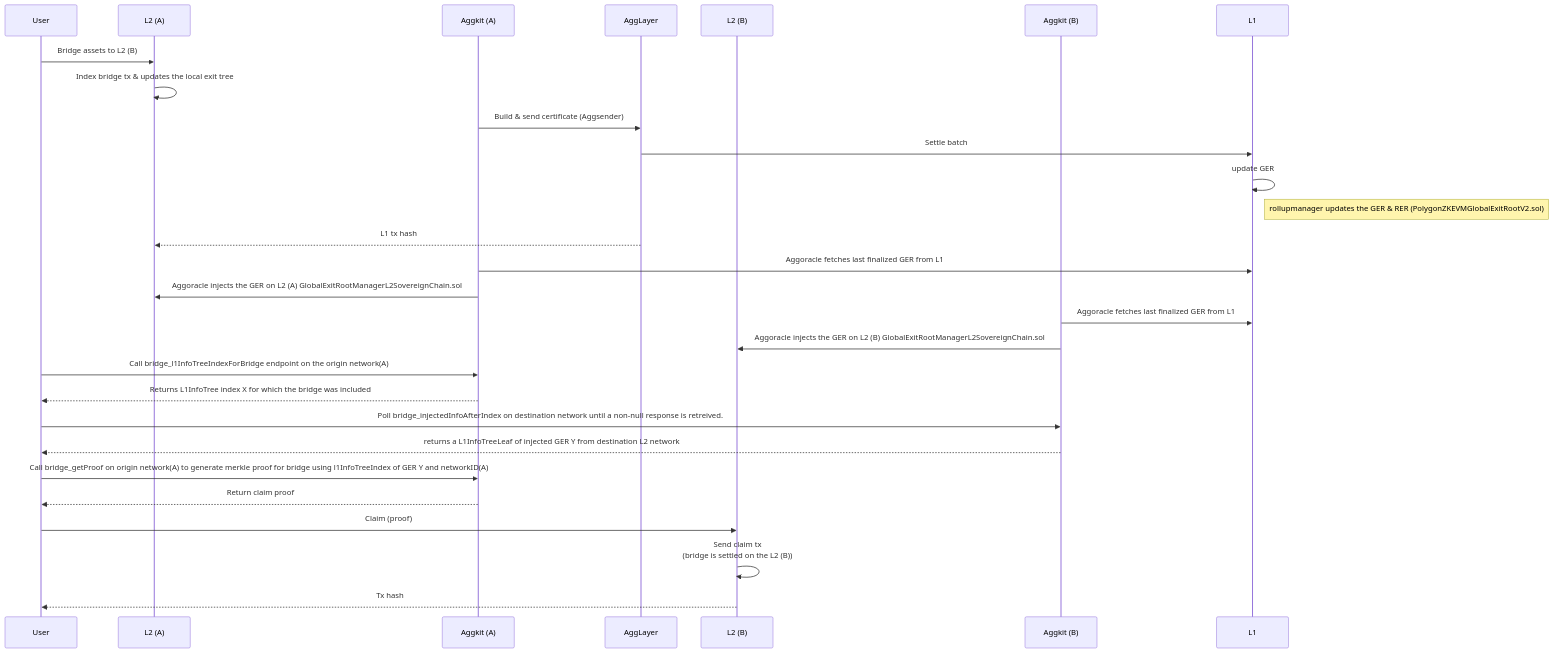
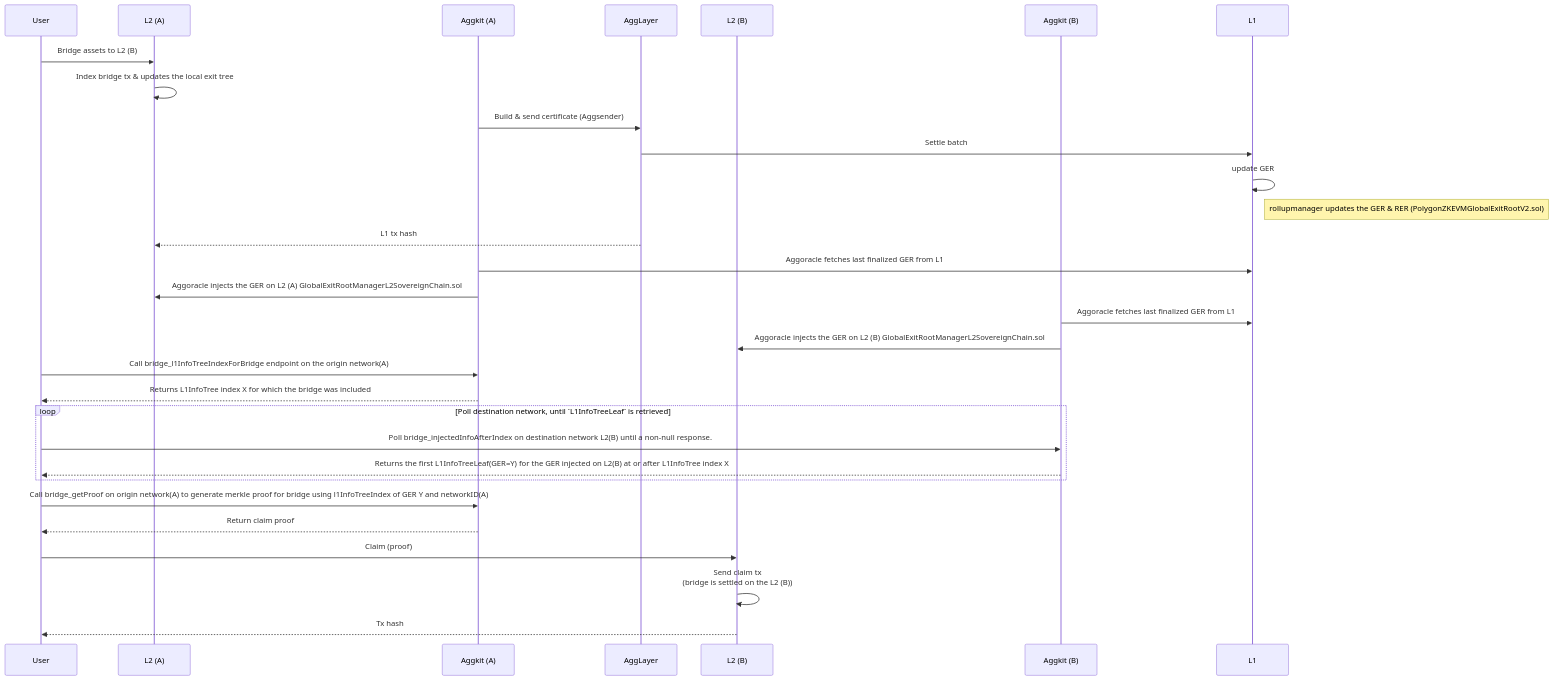
The first of 5 diagrams in docs/bridge_service.md (agglayer/aggkit), drawn with Mermaid before and after one commit. The commit also changed other lines of this file, not shown here.

````diff
--- a/docs/bridge_service.md
+++ b/docs/bridge_service.md
@@ -13,34 +12,36 @@
 ```mermaid
 sequenceDiagram
     participant User
     participant L2 (A)
     participant Aggkit (A)
     participant AggLayer
     participant L2 (B)
     participant Aggkit (B)
     participant L1
 
     User->>L2 (A): Bridge assets to L2 (B)
     L2 (A)->>L2 (A): Index bridge tx & updates the local exit tree
     Aggkit (A)->>AggLayer: Build & send certificate (Aggsender)
     AggLayer->>L1: Settle batch
     L1->>L1: update GER
     Note right of L1: rollupmanager updates the GER & RER (PolygonZKEVMGlobalExitRootV2.sol)
     AggLayer-->>L2 (A): L1 tx hash
 
     Aggkit (A)->>L1: Aggoracle fetches last finalized GER from L1
     Aggkit (A)->>L2 (A): Aggoracle injects the GER on L2 (A) GlobalExitRootManagerL2SovereignChain.sol
     Aggkit (B)->>L1: Aggoracle fetches last finalized GER from L1
     Aggkit (B)->>L2 (B): Aggoracle injects the GER on L2 (B) GlobalExitRootManagerL2SovereignChain.sol
 
     User->>Aggkit (A): Call bridge_l1InfoTreeIndexForBridge endpoint on the origin network(A)
     Aggkit (A)-->>User: Returns L1InfoTree index X for which the bridge was included
-    User->>Aggkit (B): Poll bridge_injectedInfoAfterIndex on destination network until a non-null response is retreived.
-    Aggkit (B)-->>User: returns a L1InfoTreeLeaf of injected GER Y from destination L2 network
+    loop Poll destination network, until `L1InfoTreeLeaf` is retrieved  
+      User->>Aggkit (B): Poll bridge_injectedInfoAfterIndex on destination network L2(B) until a non-null response.  
+      Aggkit (B)-->>User: Returns the first L1InfoTreeLeaf(GER=Y) for the GER injected on L2(B) at or after L1InfoTree index X
+    end 
     User->>Aggkit (A): Call bridge_getProof on origin network(A) to generate merkle proof for bridge using l1InfoTreeIndex of GER Y and networkID(A)
     
     Aggkit (A)-->>User: Return claim proof
     User->>L2 (B): Claim (proof)
     L2 (B)->>L2 (B): Send claim tx<br/>(bridge is settled on the L2 (B))
     L2 (B)-->>User: Tx hash
 ```
````
